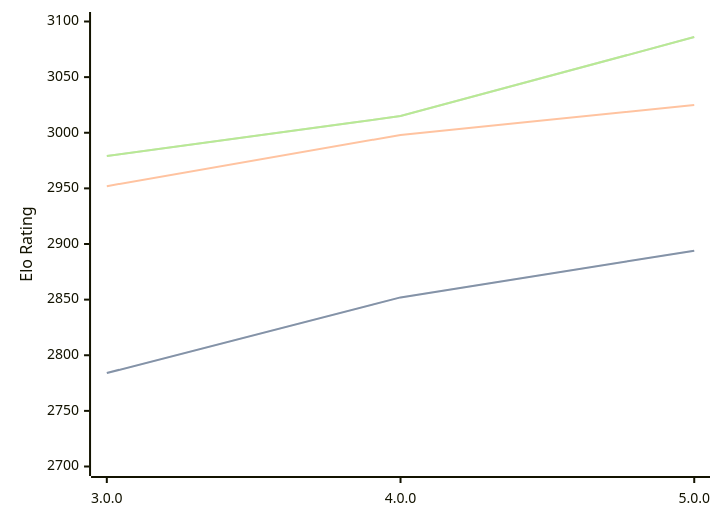
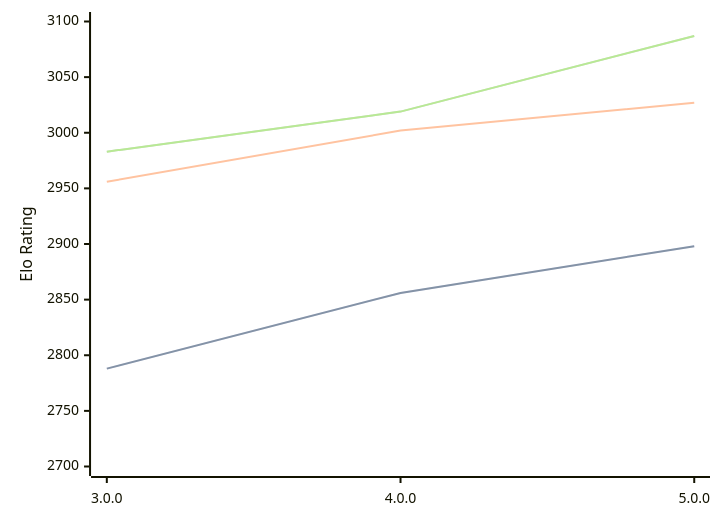
The diagram in engines/Minke.md (computer-chess-index/cci), drawn with Mermaid before and after one commit. The commit also changed other lines of this file, not shown here.

Commit message:
Update CCI Ratings (ELO VLTC) - 2026-02-24

````diff
--- a/engines/Minke.md
+++ b/engines/Minke.md
@@ -32,11 +32,11 @@
 ```mermaid
 %%{init: {"theme":"base","themeVariables":{"seriesColors:['#a3a3a3','#222221','#faa371']}}}%%
 xychart-beta
   x-axis ["3.0.0", "4.0.0", "5.0.0"]
   y-axis "Elo Rating" 2700 --> 3100
-  line "STC (8.0+0.08s)" [2784, 2852, 2894]
-  line "STC (8.0+0.08s)" [2784, 2852, 2894]
-  line "LTC (60.0+0.60s)" [2952, 2998, 3025]
-  line "VLTC (2m24s+1.12s)" [2979, 3015, 3086]
-  line "VLTC (2m24s+1.12s)" [2979, 3015, 3086]
+  line "STC (8.0+0.08s)" [2788, 2856, 2898]
+  line "STC (8.0+0.08s)" [2788, 2856, 2898]
+  line "LTC (60.0+0.60s)" [2956, 3002, 3027]
+  line "VLTC (2m24s+1.12s)" [2983, 3019, 3087]
+  line "VLTC (2m24s+1.12s)" [2983, 3019, 3087]
 ```
````
